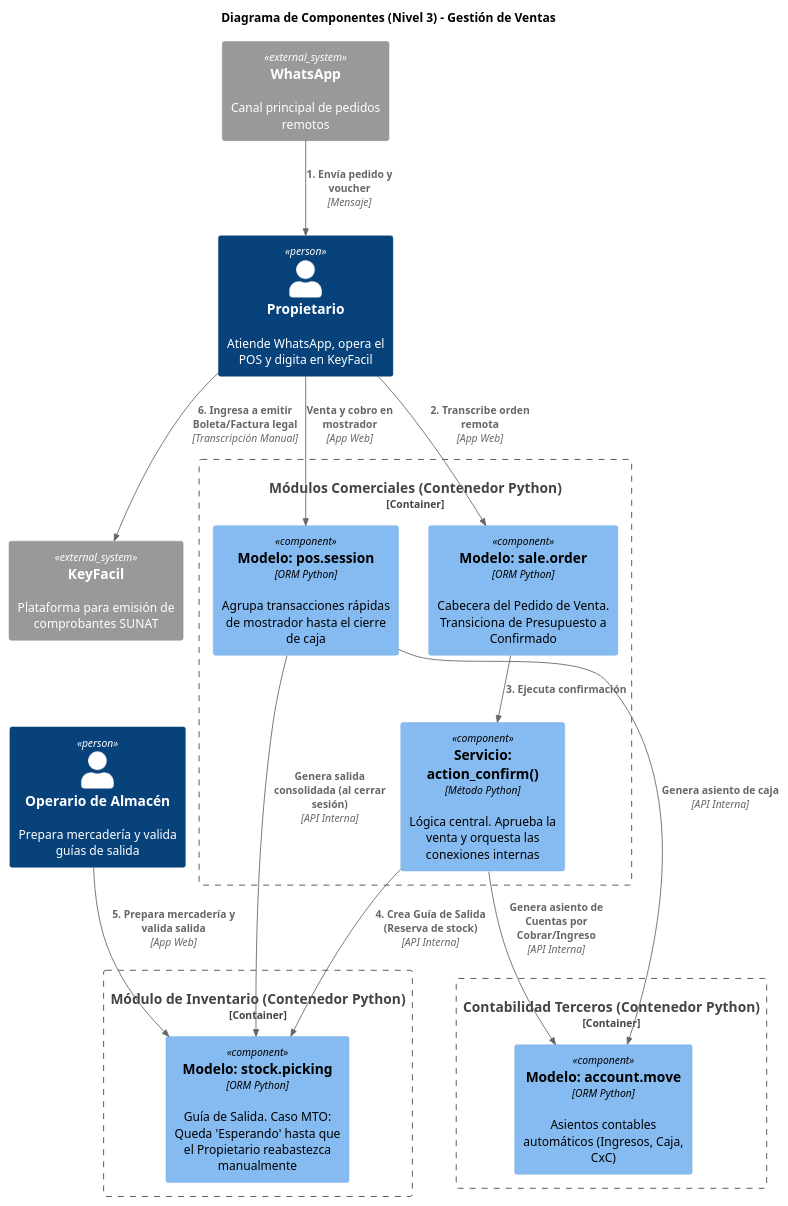
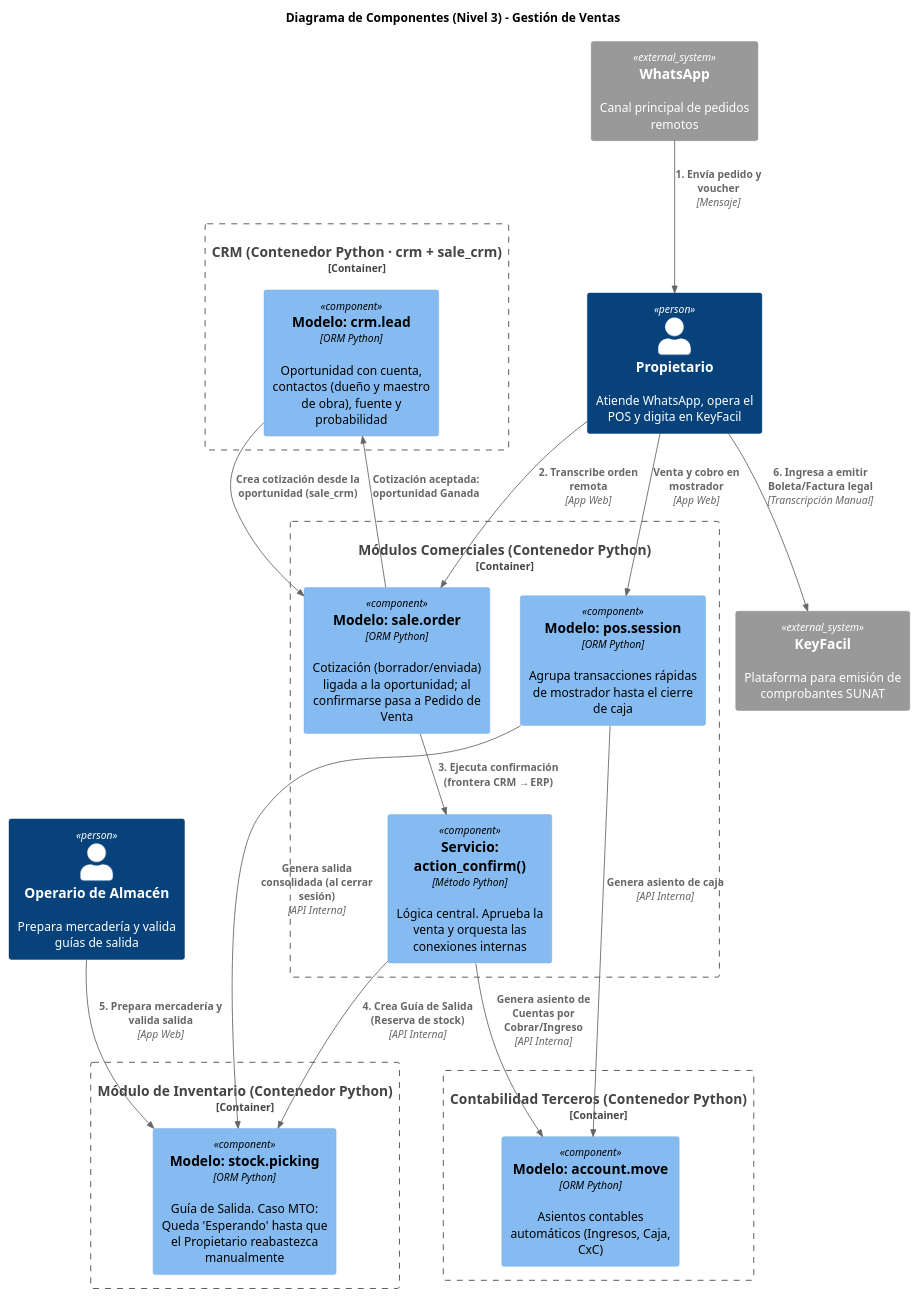
The diagram in arquitectura/vistas/c4/fuentes/componentes/ventas.puml (dieg0-29/migal-erp), drawn with PlantUML before and after one commit. The commit also changed 1 other file, not shown here.

Commit message:
docs(c4-ventas): vincular cotizacion con oportunidad crm

```diff
--- a/arquitectura/vistas/c4/fuentes/componentes/ventas.puml
+++ b/arquitectura/vistas/c4/fuentes/componentes/ventas.puml
@@ -1,48 +1,55 @@
 @startuml
 !include https://raw.githubusercontent.com/plantuml-stdlib/C4-PlantUML/master/C4_Component.puml
 
 title Diagrama de Componentes (Nivel 3) - Gestión de Ventas
 
 ' Actores ajustados a la realidad de MIGAL
 Person(prop, "Propietario", "Atiende WhatsApp, opera el POS y digita en KeyFacil")
 Person(alm, "Operario de Almacén", "Prepara mercadería y valida guías de salida")
 
 ' Sistemas Externos (Fuera del ecosistema Odoo)
 System_Ext(whatsapp, "WhatsApp", "Canal principal de pedidos remotos")
 System_Ext(keyfacil, "KeyFacil", "Plataforma para emisión de comprobantes SUNAT")
 
+' v2.1 (PC2): la cotización nace en el CRM (detalle en componentes/crm.puml)
+Container_Boundary(crm_app, "CRM (Contenedor Python · crm + sale_crm)") {
+    Component(crm_lead, "Modelo: crm.lead", "ORM Python", "Oportunidad con cuenta, contactos (dueño y maestro de obra), fuente y probabilidad")
+}
+
 ' Contenedores Comerciales
 Container_Boundary(sales_app, "Módulos Comerciales (Contenedor Python)") {
-    Component(sale_order, "Modelo: sale.order", "ORM Python", "Cabecera del Pedido de Venta. Transiciona de Presupuesto a Confirmado")
+    Component(sale_order, "Modelo: sale.order", "ORM Python", "Cotización (borrador/enviada) ligada a la oportunidad; al confirmarse pasa a Pedido de Venta")
     Component(action_confirm, "Servicio: action_confirm()", "Método Python", "Lógica central. Aprueba la venta y orquesta las conexiones internas")
     Component(pos_session, "Modelo: pos.session", "ORM Python", "Agrupa transacciones rápidas de mostrador hasta el cierre de caja")
 }
 
 ' Contenedor de Inventario
 Container_Boundary(inv_app, "Módulo de Inventario (Contenedor Python)") {
     Component(stock_picking, "Modelo: stock.picking", "ORM Python", "Guía de Salida. Caso MTO: Queda 'Esperando' hasta que el Propietario reabastezca manualmente")
 }
 
 ' Contenedor de Contabilidad
 Container_Boundary(acc_app, "Contabilidad Terceros (Contenedor Python)") {
     Component(account_move, "Modelo: account.move", "ORM Python", "Asientos contables automáticos (Ingresos, Caja, CxC)")
 }
 
 ' Flujo de Pedidos (WhatsApp)
 Rel(whatsapp, prop, "1. Envía pedido y voucher", "Mensaje")
 Rel(prop, sale_order, "2. Transcribe orden remota", "App Web")
-Rel(sale_order, action_confirm, "3. Ejecuta confirmación")
+Rel(crm_lead, sale_order, "Crea cotización desde la oportunidad (sale_crm)")
+Rel(sale_order, crm_lead, "Cotización aceptada: oportunidad Ganada")
+Rel(sale_order, action_confirm, "3. Ejecuta confirmación (frontera CRM → ERP)")
 
 ' Flujo de Punto de Venta (Físico)
 Rel(prop, pos_session, "Venta y cobro en mostrador", "App Web")
 Rel(pos_session, stock_picking, "Genera salida consolidada (al cerrar sesión)", "API Interna")
 Rel(pos_session, account_move, "Genera asiento de caja", "API Interna")
 
 ' Orquestación Interna y Despacho
 Rel(action_confirm, stock_picking, "4. Crea Guía de Salida (Reserva de stock)", "API Interna")
 Rel(action_confirm, account_move, "Genera asiento de Cuentas por Cobrar/Ingreso", "API Interna")
 Rel(alm, stock_picking, "5. Prepara mercadería y valida salida", "App Web")
 
 ' Desconexión Fiscal (La solución manual)
 Rel(prop, keyfacil, "6. Ingresa a emitir Boleta/Factura legal", "Transcripción Manual")
 @enduml
```
